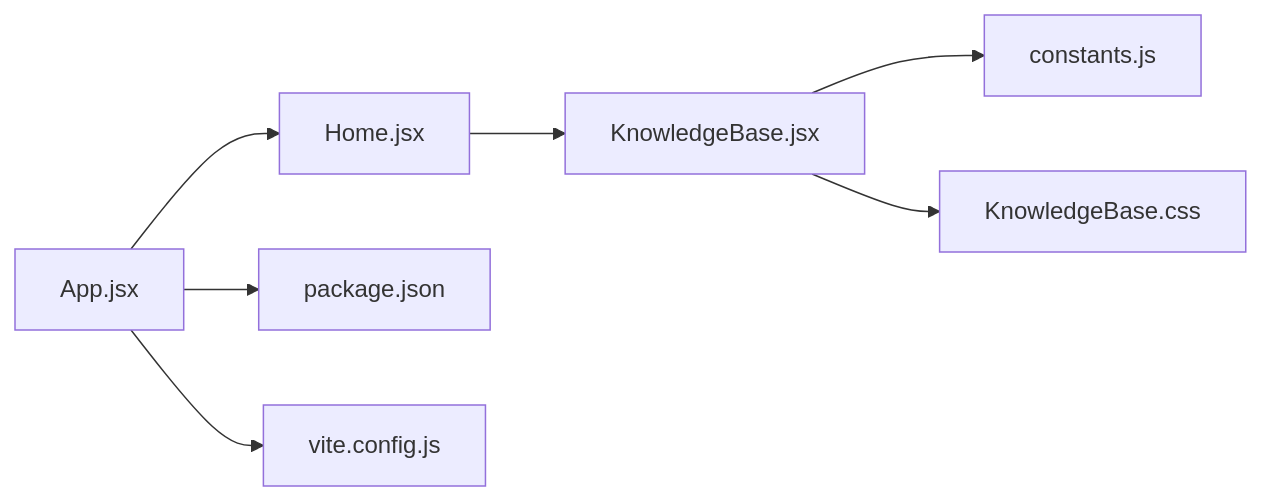
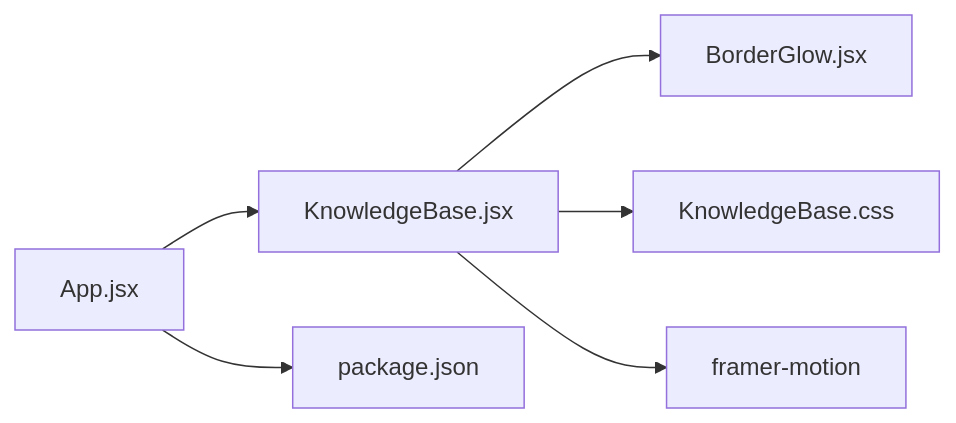
Before and after one commit to lithos666/lithos666.github.io: the fourth of 4 diagrams in .qoder/repowiki/zh/content/核心功能模块/知识基础组件.md, drawn with Mermaid. The commit also changed other lines of this file and 51 other files, not shown here.

````diff
--- a/.qoder/repowiki/zh/content/核心功能模块/知识基础组件.md
+++ b/.qoder/repowiki/zh/content/核心功能模块/知识基础组件.md
@@ -236,9 +232,8 @@
 ```mermaid
 graph LR
-App["App.jsx"] --> Home["Home.jsx"]
-Home --> KB["KnowledgeBase.jsx"]
-KB --> Const["constants.js"]
+App["App.jsx"] --> KB["KnowledgeBase.jsx"]
+KB --> BG["BorderGlow.jsx"]
 KB --> CSS["KnowledgeBase.css"]
+KB --> Motion["framer-motion"]
 App --> Pkg["package.json"]
-App --> Vite["vite.config.js"]
 ```
````
